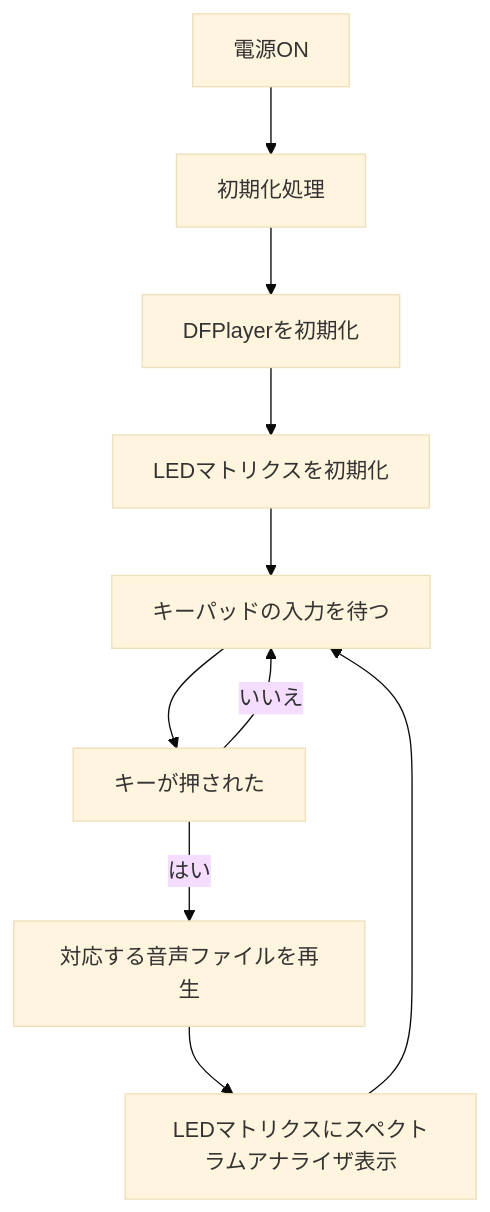
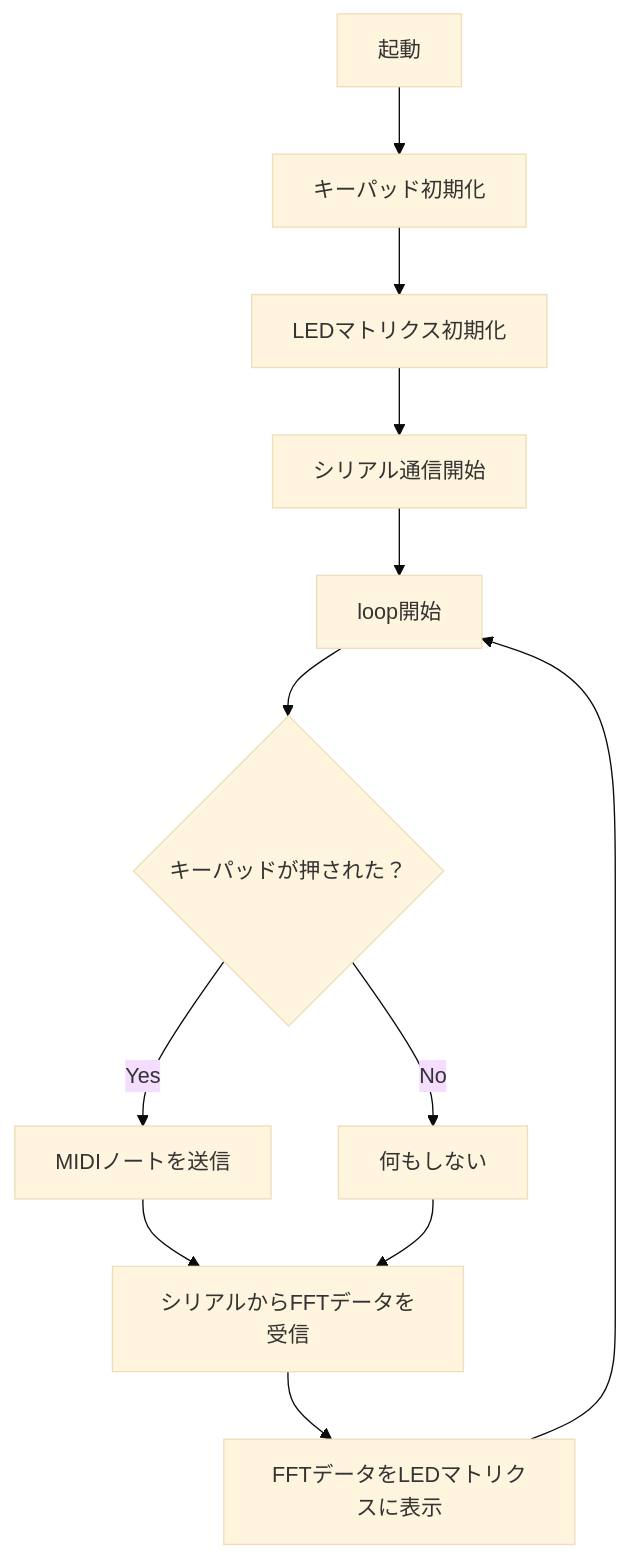
One commit to chakechake330-del/arduino-mpc-drum changed the diagram in README.md. Above: the diagram before and after it, drawn with Mermaid (base theme).

Commit message:
Update README.md
概要とフローチャートを追加

````diff
--- a/README.md
+++ b/README.md
@@ -40,12 +40,17 @@
 ```mermaid
-graph TD
-  A[電源ON] --> B[初期化処理]
-  B --> C[DFPlayerを初期化]
-  C --> D[LEDマトリクスを初期化]
-  D --> E[キーパッドの入力を待つ]
-  E --> F[キーが押された]
-  F -->|いいえ| E
-  F -->|はい| G[対応する音声ファイルを再生]
-  G --> H[LEDマトリクスにスペクトラムアナライザ表示]
-  H --> E
+flowchart TD
+    A[起動] --> B[キーパッド初期化]
+    B --> C[LEDマトリクス初期化]
+    C --> D[シリアル通信開始]
+    D --> E[loop開始]
+
+    E --> F{キーパッドが押された？}
+    F -- Yes --> G[MIDIノートを送信]
+    F -- No --> H[何もしない]
+
+    G --> I[シリアルからFFTデータを受信]
+    H --> I
+
+    I --> J[FFTデータをLEDマトリクスに表示]
+    J --> E
 ```
````
